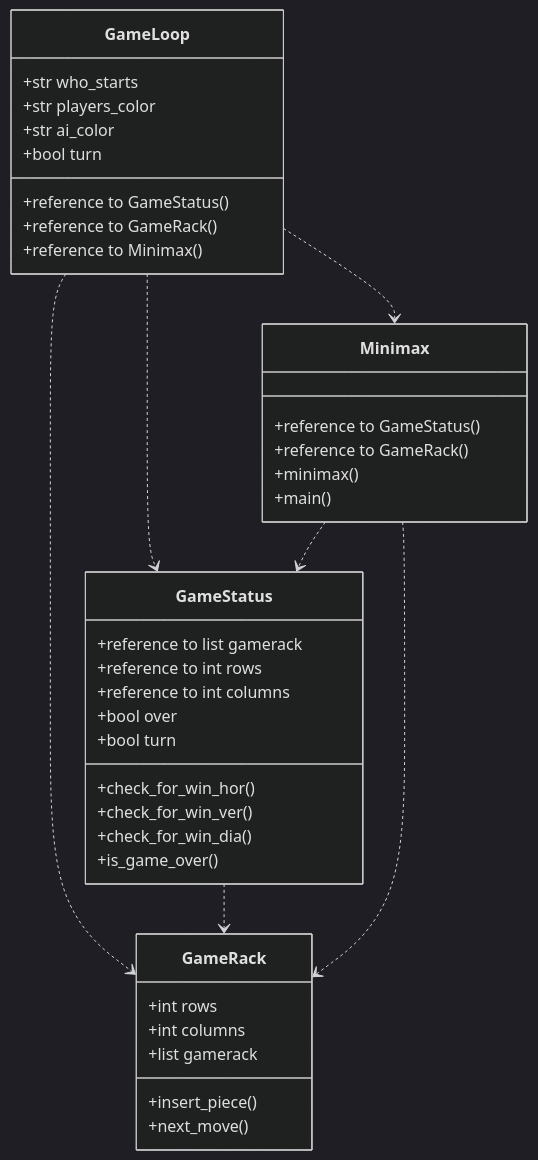
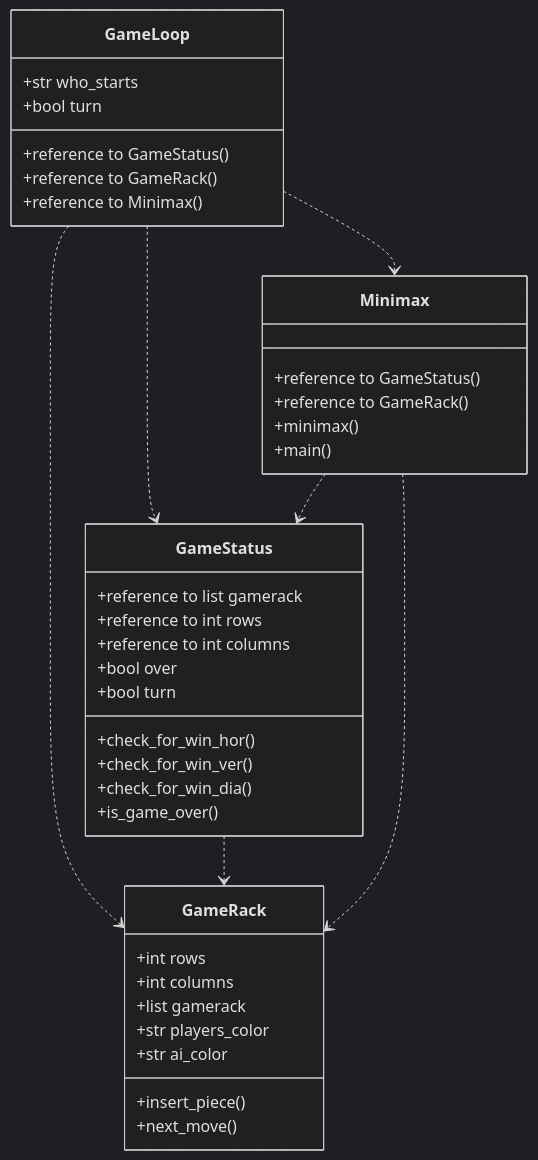
One commit to lottapispa/Connect-Four-tiralabra changed the diagram in documentation/implementation.md. Above: the diagram before and after it, drawn with Mermaid (dark theme). The commit also changed other lines of this file, not shown here.

````diff
--- a/documentation/implementation.md
+++ b/documentation/implementation.md
@@ -4,42 +4,42 @@
 ```mermaid
 classDiagram
     GameLoop ..> GameStatus
     GameLoop ..> GameRack
     GameLoop ..> Minimax
     GameStatus ..> GameRack
     Minimax ..> GameStatus
     Minimax ..> GameRack
     class GameLoop{
         +reference to GameStatus()
         +reference to GameRack()
         +reference to Minimax()
         +str who_starts
-        +str players_color
-        +str ai_color
         +bool turn
     }
     class GameStatus{
         +reference to list gamerack
         +reference to int rows
         +reference to int columns
         +bool over
         +bool turn
         +check_for_win_hor()
         +check_for_win_ver()
         +check_for_win_dia()
         +is_game_over()
     }
     class GameRack{
         +int rows
         +int columns
         +list gamerack
+        +str players_color
+        +str ai_color
         +insert_piece()
         +next_move()
     }
     class Minimax{
         +reference to GameStatus()
         +reference to GameRack()
         +minimax()
         +main()
     }
 ```
````
